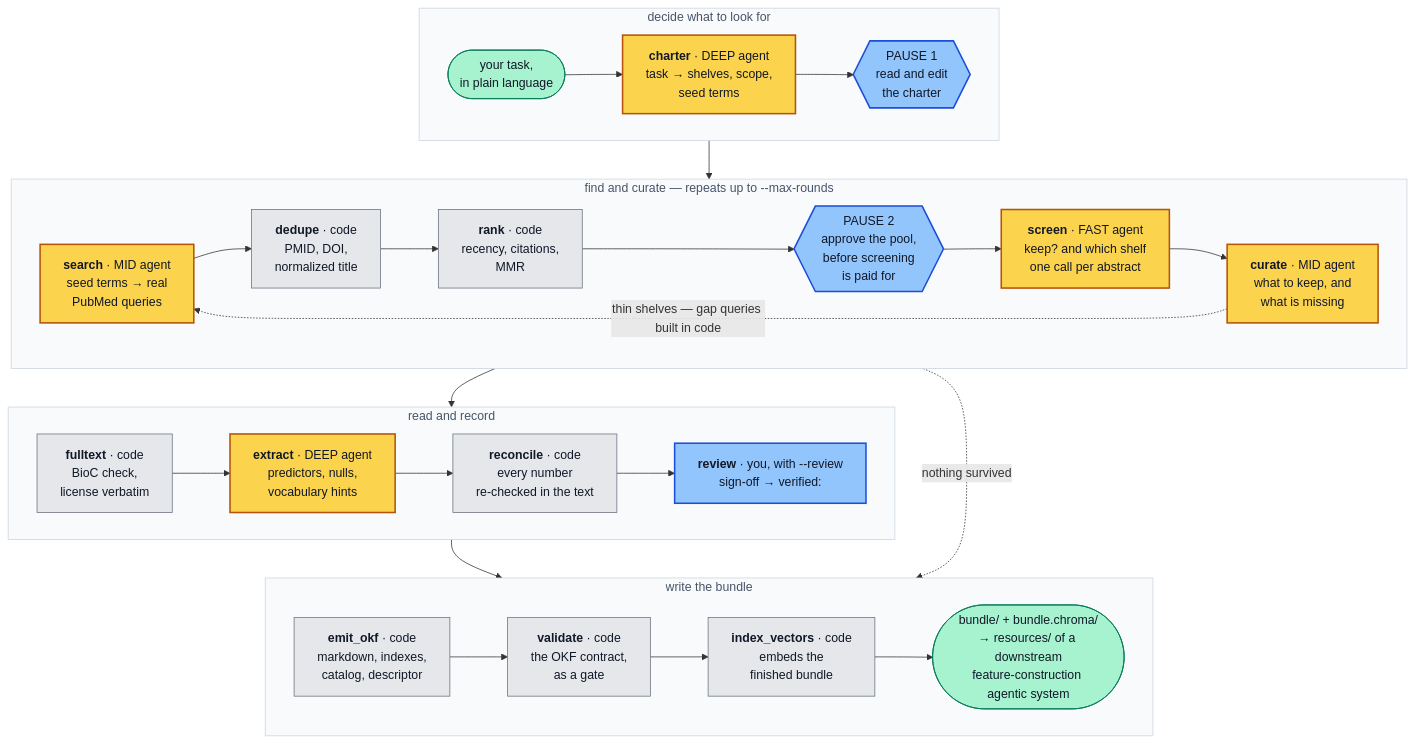
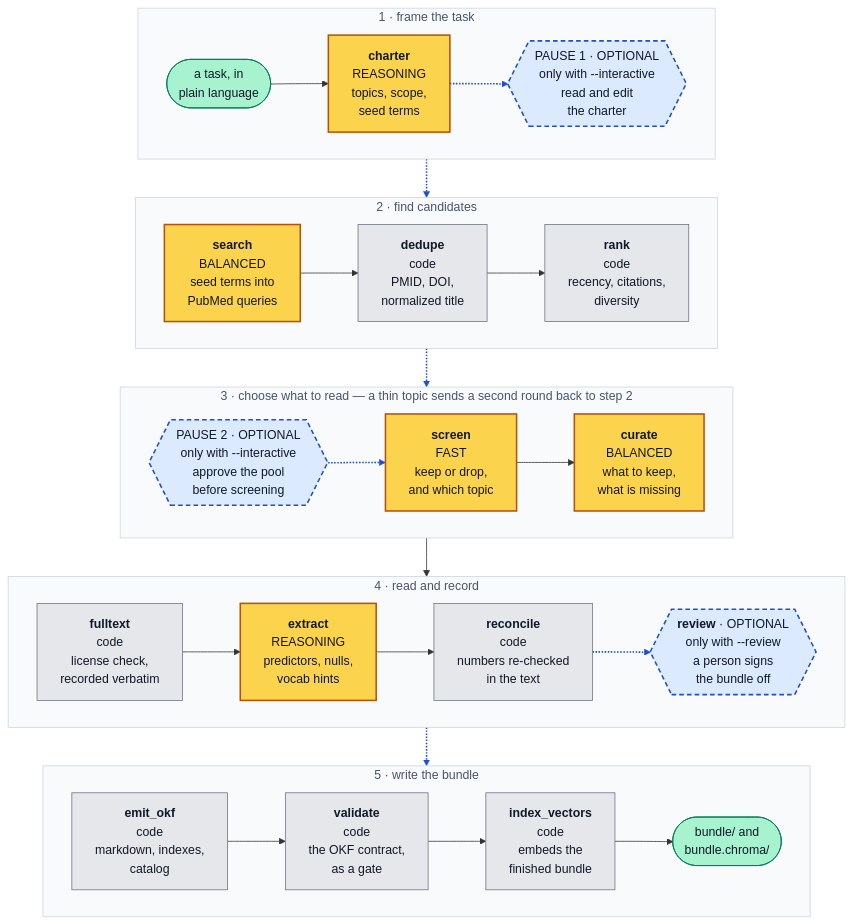
One commit to PFreda-Lab/okf-loremaster changed the diagram in README.md. Above: the diagram before and after it, drawn with Mermaid. The commit also changed other lines of this file and 69 other files, not shown here.

````diff
--- a/README.md
+++ b/README.md
@@ -169,41 +189,49 @@
 ```mermaid
 flowchart TB
-    subgraph r1 ["decide what to look for"]
+    subgraph r1 ["1 · frame the task"]
         direction LR
-        task(["your task,<br/>in plain language"]) --> charter["<b>charter</b> · DEEP agent<br/>task → shelves, scope,<br/>seed terms"] --> p1{{"PAUSE 1<br/>read and edit<br/>the charter"}}
+        task(["a task, in<br/>plain language"]) --> charter["<b>charter</b><br/>REASONING<br/>topics, scope,<br/>seed terms"] -.-> p1{{"PAUSE 1 · OPTIONAL<br/>only with --interactive<br/>read and edit<br/>the charter"}}
     end
 
-    subgraph r2 ["find and curate — repeats up to --max-rounds"]
+    subgraph r2 ["2 · find candidates"]
         direction LR
-        search["<b>search</b> · MID agent<br/>seed terms → real<br/>PubMed queries"] --> dedupe["<b>dedupe</b> · code<br/>PMID, DOI,<br/>normalized title"] --> rank["<b>rank</b> · code<br/>recency, citations,<br/>MMR"] --> p2{{"PAUSE 2<br/>approve the pool,<br/>before screening<br/>is paid for"}} --> screen["<b>screen</b> · FAST agent<br/>keep? and which shelf<br/>one call per abstract"] --> curate["<b>curate</b> · MID agent<br/>what to keep, and<br/>what is missing"]
-        curate -. "thin shelves — gap queries built in code" .-> search
+        search["<b>search</b><br/>BALANCED<br/>seed terms into<br/>PubMed queries"] --> dedupe["<b>dedupe</b><br/>code<br/>PMID, DOI,<br/>normalized title"] --> rank["<b>rank</b><br/>code<br/>recency, citations,<br/>diversity"]
     end
 
-    subgraph r3 ["read and record"]
+    subgraph r3 ["3 · choose what to read — a thin topic sends a second round back to step 2"]
         direction LR
-        fulltext["<b>fulltext</b> · code<br/>BioC check,<br/>license verbatim"] --> extract["<b>extract</b> · DEEP agent<br/>predictors, nulls,<br/>vocabulary hints"] --> reconcile["<b>reconcile</b> · code<br/>every number<br/>re-checked in the text"] --> review["<b>review</b> · you, with --review<br/>sign-off → verified:"]
+        p2{{"PAUSE 2 · OPTIONAL<br/>only with --interactive<br/>approve the pool<br/>before screening"}} -.-> screen["<b>screen</b><br/>FAST<br/>keep or drop,<br/>and which topic"] --> curate["<b>curate</b><br/>BALANCED<br/>what to keep,<br/>what is missing"]
     end
 
-    subgraph r4 ["write the bundle"]
+    subgraph r4 ["4 · read and record"]
         direction LR
-        emit["<b>emit_okf</b> · code<br/>markdown, indexes,<br/>catalog, descriptor"] --> validate["<b>validate</b> · code<br/>the OKF contract,<br/>as a gate"] --> vectors["<b>index_vectors</b> · code<br/>embeds the<br/>finished bundle"] --> out(["bundle/ + bundle.chroma/<br/>→ resources/ of a downstream<br/>feature-construction agentic system"])
+        fulltext["<b>fulltext</b><br/>code<br/>license check,<br/>recorded verbatim"] --> extract["<b>extract</b><br/>REASONING<br/>predictors, nulls,<br/>vocab hints"] --> reconcile["<b>reconcile</b><br/>code<br/>numbers re-checked<br/>in the text"]
+        review{{"<b>review</b> · OPTIONAL<br/>only with --review<br/>a person signs<br/>the bundle off"}}
     end
 
-    p1 --> search
+    subgraph r5 ["5 · write the bundle"]
+        direction LR
+        emit["<b>emit_okf</b><br/>code<br/>markdown, indexes,<br/>catalog"] --> validate["<b>validate</b><br/>code<br/>the OKF contract,<br/>as a gate"] --> vectors["<b>index_vectors</b><br/>code<br/>embeds the<br/>finished bundle"] --> out(["bundle/ and<br/>bundle.chroma/"])
+    end
+
+    p1 -.-> search
+    rank -.-> p2
     curate --> fulltext
-    review --> emit
-    rank -. "nothing survived" .-> out
+    reconcile -.-> review
+    review -.-> emit
 
+    linkStyle 1,4,11,12,14,15 stroke:#1d4ed8,stroke-width:2px
     classDef agent fill:#fcd34d,stroke:#b45309,stroke-width:2px,color:#111827
     classDef code fill:#e5e7eb,stroke:#6b7280,color:#111827
-    classDef human fill:#93c5fd,stroke:#1d4ed8,stroke-width:2px,color:#111827
+    classDef human fill:#dbeafe,stroke:#1d4ed8,stroke-width:2px,stroke-dasharray:6 4,color:#111827
     classDef io fill:#a7f3d0,stroke:#047857,color:#111827
     class charter,search,screen,curate,extract agent
     class dedupe,rank,fulltext,reconcile,emit,validate,vectors code
     class p1,p2,review human
     class task,out io
     style r1 fill:#f8fafc,stroke:#cbd5e1,color:#475569
     style r2 fill:#f8fafc,stroke:#cbd5e1,color:#475569
     style r3 fill:#f8fafc,stroke:#cbd5e1,color:#475569
     style r4 fill:#f8fafc,stroke:#cbd5e1,color:#475569
+    style r5 fill:#f8fafc,stroke:#cbd5e1,color:#475569
 ```
````
